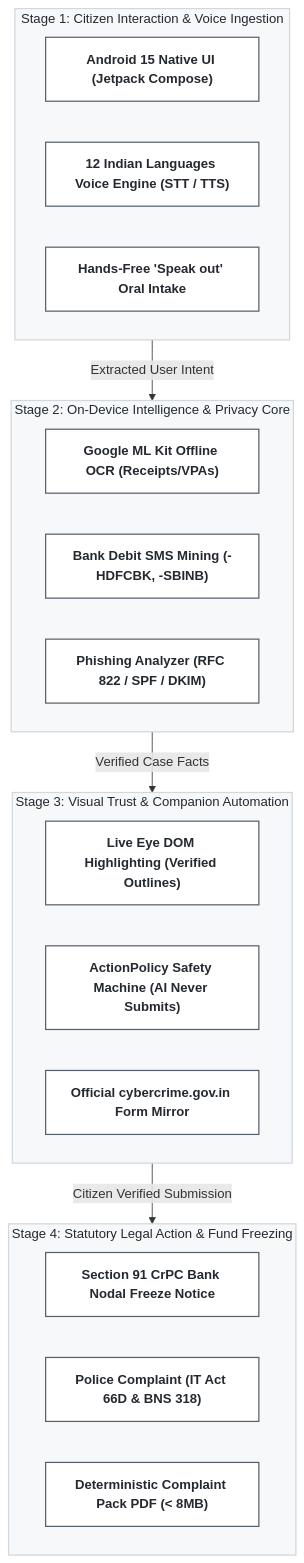
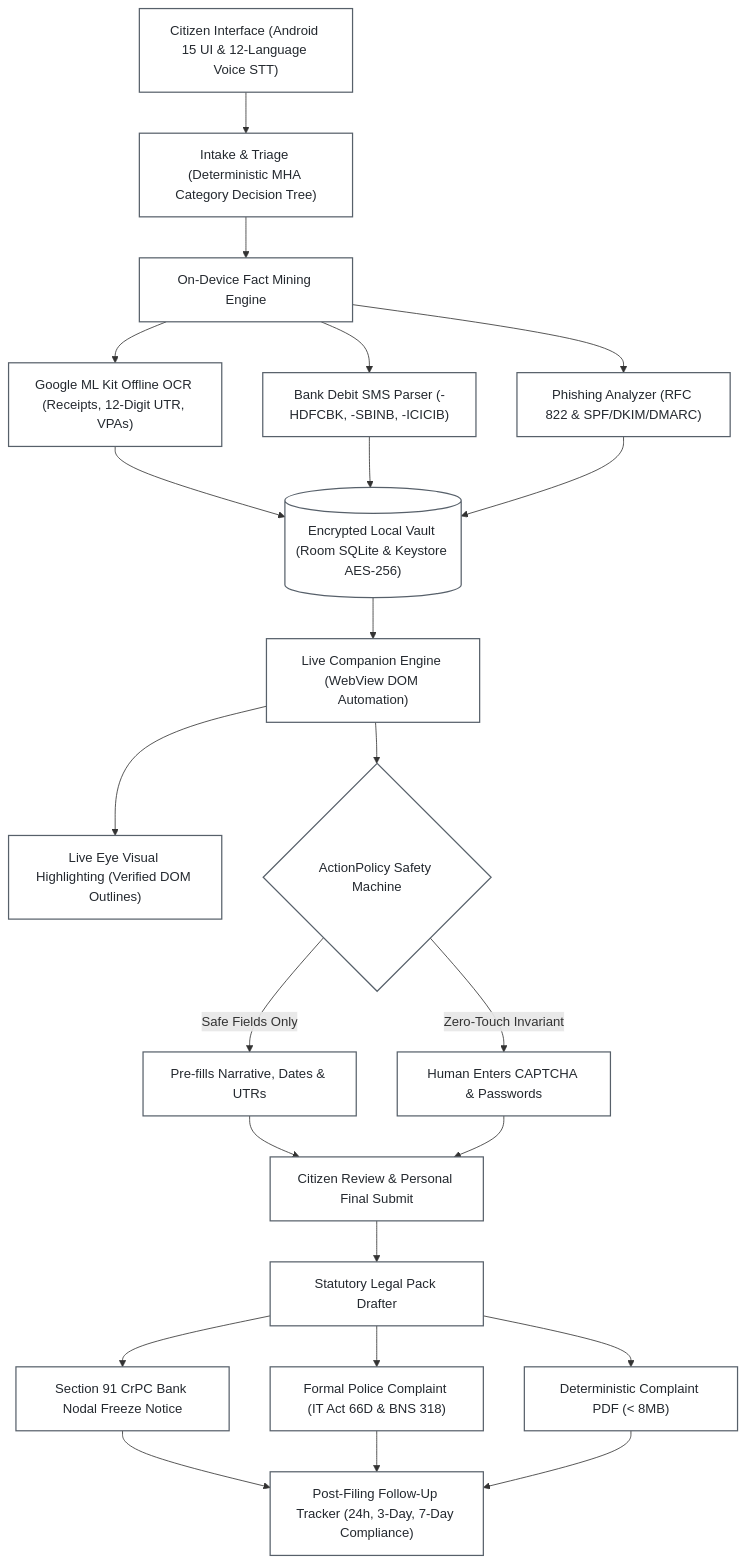
One commit to vijjada/cyber-victim-assistant changed the second of 3 diagrams in README.md. Above: the diagram before and after it, drawn with Mermaid.

Commit message:
docs: redesign System Architecture to a pure flowchart structure

````diff
--- a/README.md
+++ b/README.md
@@ -60,38 +60,36 @@
 ```mermaid
 flowchart TD
-    classDef uncolored fill:#FFFFFF,stroke:#57606A,stroke-width:1.5px,color:#24292F,font-weight:bold;
+    classDef uncolored fill:#FFFFFF,stroke:#57606A,stroke-width:1.5px,color:#24292F;
 
-    subgraph S1 ["Stage 1: Citizen Interaction & Voice Ingestion"]
-        A1["Android 15 Native UI (Jetpack Compose)"]
-        A2["12 Indian Languages Voice Engine (STT / TTS)"]
-        A3["Hands-Free 'Speak out' Oral Intake"]
-    end
+    A["Citizen Interface (Android 15 UI & 12-Language Voice STT)"] --> B["Intake & Triage (Deterministic MHA Category Decision Tree)"]
+    
+    B --> C["On-Device Fact Mining Engine"]
+    C --> C1["Google ML Kit Offline OCR (Receipts, 12-Digit UTR, VPAs)"]
+    C --> C2["Bank Debit SMS Parser (-HDFCBK, -SBINB, -ICICIB)"]
+    C --> C3["Phishing Analyzer (RFC 822 & SPF/DKIM/DMARC)"]
+    
+    C1 --> D[("Encrypted Local Vault (Room SQLite & Keystore AES-256)")]
+    C2 --> D
+    C3 --> D
+    
+    D --> E["Live Companion Engine (WebView DOM Automation)"]
+    E --> E1["Live Eye Visual Highlighting (Verified DOM Outlines)"]
+    E --> E2{"ActionPolicy Safety Machine"}
+    
+    E2 -->|"Safe Fields Only"| E3["Pre-fills Narrative, Dates & UTRs"]
+    E2 -->|"Zero-Touch Invariant"| E4["Human Enters CAPTCHA & Passwords"]
+    
+    E3 --> F["Citizen Review & Personal Final Submit"]
+    E4 --> F
+    
+    F --> G["Statutory Legal Pack Drafter"]
+    G --> G1["Section 91 CrPC Bank Nodal Freeze Notice"]
+    G --> G2["Formal Police Complaint (IT Act 66D & BNS 318)"]
+    G --> G3["Deterministic Complaint PDF (< 8MB)"]
+    
+    G1 --> H["Post-Filing Follow-Up Tracker (24h, 3-Day, 7-Day Compliance)"]
+    G2 --> H
+    G3 --> H
 
-    subgraph S2 ["Stage 2: On-Device Intelligence & Privacy Core"]
-        B1["Google ML Kit Offline OCR (Receipts/VPAs)"]
-        B2["Bank Debit SMS Mining (-HDFCBK, -SBINB)"]
-        B3["Phishing Analyzer (RFC 822 / SPF / DKIM)"]
-    end
-
-    subgraph S3 ["Stage 3: Visual Trust & Companion Automation"]
-        C1["Live Eye DOM Highlighting (Verified Outlines)"]
-        C2["ActionPolicy Safety Machine (AI Never Submits)"]
-        C3["Official cybercrime.gov.in Form Mirror"]
-    end
-
-    subgraph S4 ["Stage 4: Statutory Legal Action & Fund Freezing"]
-        D1["Section 91 CrPC Bank Nodal Freeze Notice"]
-        D2["Police Complaint (IT Act 66D & BNS 318)"]
-        D3["Deterministic Complaint Pack PDF (< 8MB)"]
-    end
-
-    S1 -->|"Extracted User Intent"| S2
-    S2 -->|"Verified Case Facts"| S3
-    S3 -->|"Citizen Verified Submission"| S4
-
-    class A1,A2,A3,B1,B2,B3,C1,C2,C3,D1,D2,D3 uncolored;
-    style S1 fill:#F6F8FA,stroke:#D0D7DE,stroke-width:1.5px,color:#24292F;
-    style S2 fill:#F6F8FA,stroke:#D0D7DE,stroke-width:1.5px,color:#24292F;
-    style S3 fill:#F6F8FA,stroke:#D0D7DE,stroke-width:1.5px,color:#24292F;
-    style S4 fill:#F6F8FA,stroke:#D0D7DE,stroke-width:1.5px,color:#24292F;
+    class A,B,C,C1,C2,C3,D,E,E1,E2,E3,E4,F,G,G1,G2,G3,H uncolored;
 ```
````
